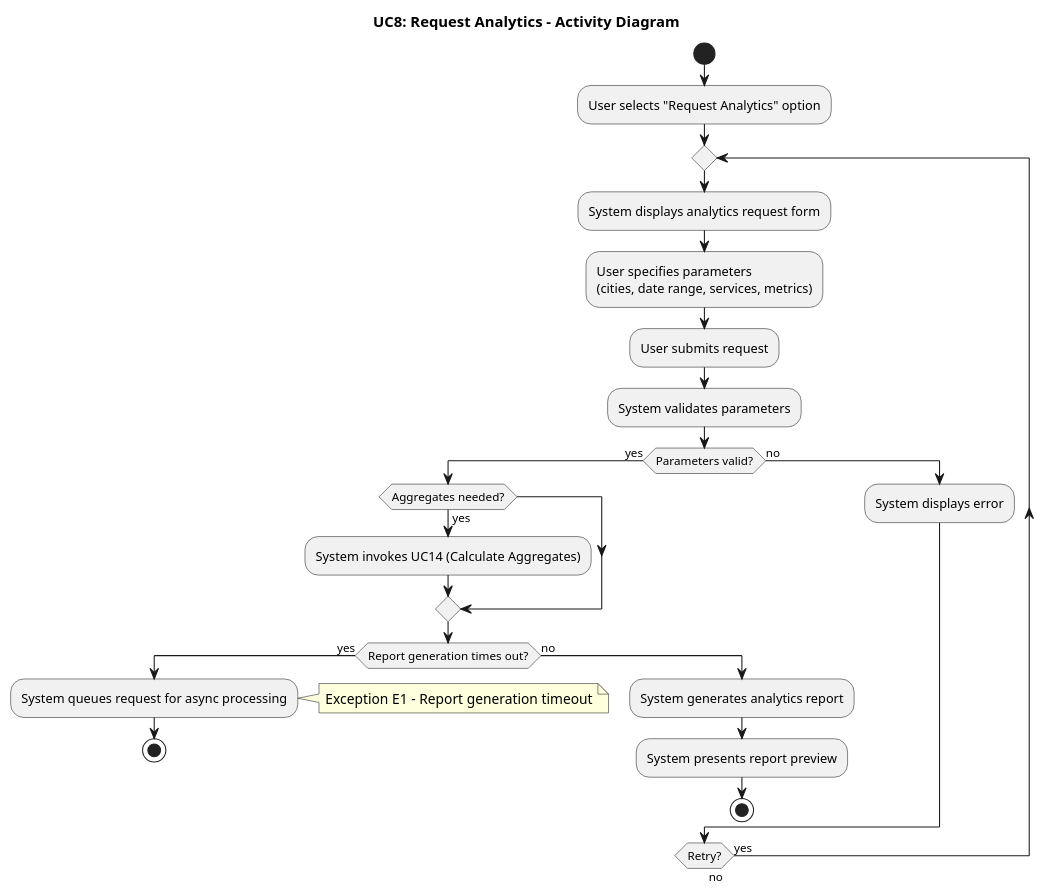
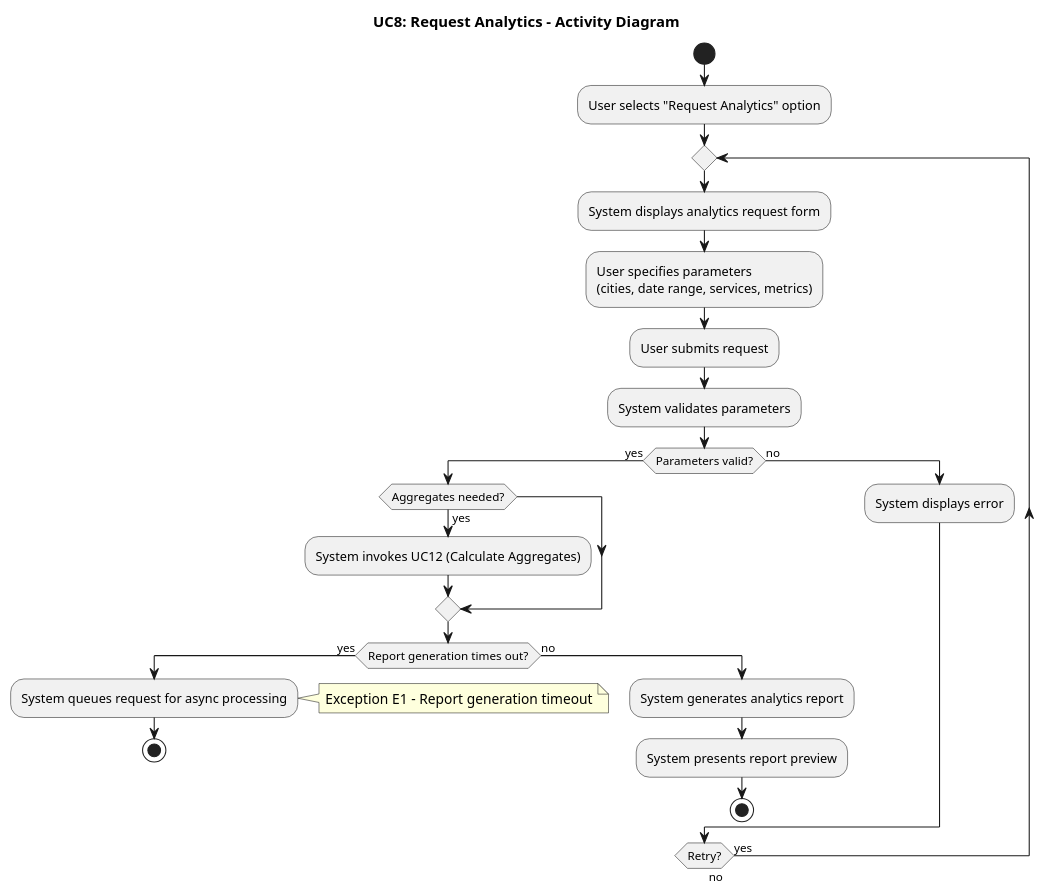
The diagram in requirements/activity_diagrams/UC8_Request_Analytics.puml (ManosMorf97/Weather-Forecasts-AI-Remastered), drawn with PlantUML before and after one commit. The commit also changed 24 other files, not shown here.

```diff
--- a/requirements/activity_diagrams/UC8_Request_Analytics.puml
+++ b/requirements/activity_diagrams/UC8_Request_Analytics.puml
@@ -1,33 +1,33 @@
 @startuml UC8_Request_Analytics_Activity_Diagram
 
 title UC8: Request Analytics - Activity Diagram
 
 start
 :User selects "Request Analytics" option;
 repeat
   :System displays analytics request form;
   :User specifies parameters
   (cities, date range, services, metrics);
   :User submits request;
   :System validates parameters;
 
   if (Parameters valid?) then (yes)
     if (Aggregates needed?) then (yes)
-      :System invokes UC14 (Calculate Aggregates);
+      :System invokes UC12 (Calculate Aggregates);
     endif
 
     if (Report generation times out?) then (yes)
       :System queues request for async processing;
       note right: Exception E1 - Report generation timeout
       stop
     else (no)
       :System generates analytics report;
       :System presents report preview;
       stop
     endif
   else (no)
     :System displays error;
   endif
 repeat while (Retry?) is (yes) not (no)
 
 @enduml
```
